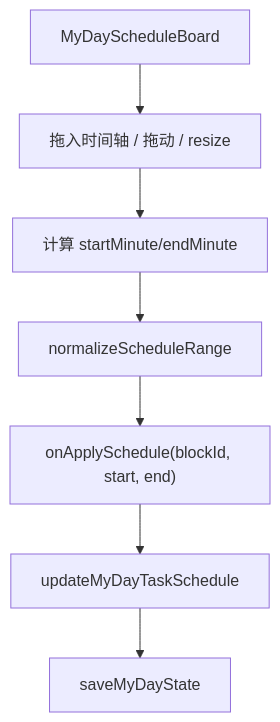
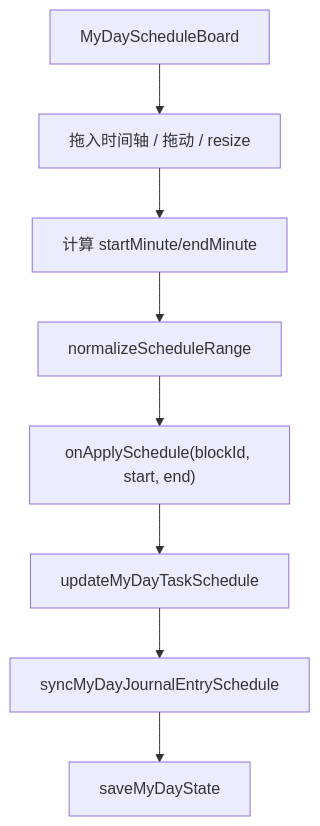
One commit to litcu/orca-plugin-task-planner changed the sixth of 7 diagrams in doc/数据流/06-我的一天数据流.md. Above: the diagram before and after it, drawn with Mermaid. The commit also changed other lines of this file and 4 other files, not shown here.

````diff
--- a/doc/数据流/06-我的一天数据流.md
+++ b/doc/数据流/06-我的一天数据流.md
@@ -133,9 +135,10 @@
 ```mermaid
 flowchart TD
   Board["MyDayScheduleBoard"] --> Drag["拖入时间轴 / 拖动 / resize"]
   Drag --> Minutes["计算 startMinute/endMinute"]
   Minutes --> Validate["normalizeScheduleRange"]
   Validate --> Apply["onApplySchedule(blockId, start, end)"]
   Apply --> State["updateMyDayTaskSchedule"]
-  State --> Save["saveMyDayState"]
+  State --> Journal["syncMyDayJournalEntrySchedule"]
+  Journal --> Save["saveMyDayState"]
 ```
````
